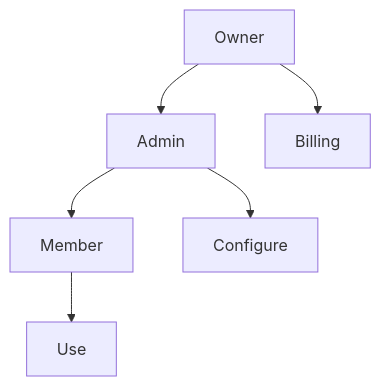
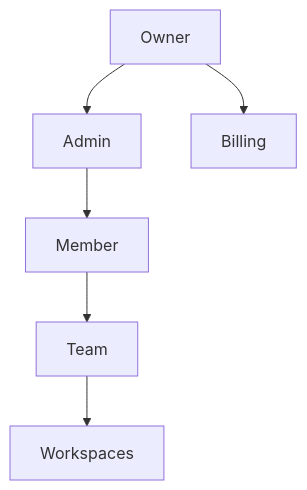
The diagram in docs/platform/rbac.mdx (qefro-ai/qefro-documentation), drawn with Mermaid before and after one commit. The commit also changed other lines of this file and 46 other files, not shown here.

````diff
--- a/docs/platform/rbac.mdx
+++ b/docs/platform/rbac.mdx
@@ -37,8 +64,8 @@
 ```mermaid
 flowchart TB
   Owner --> Admin
   Admin --> Member
+  Member --> Team
+  Team --> Workspaces
   Owner --> Billing
-  Admin --> Configure
-  Member --> Use
 ```
````
